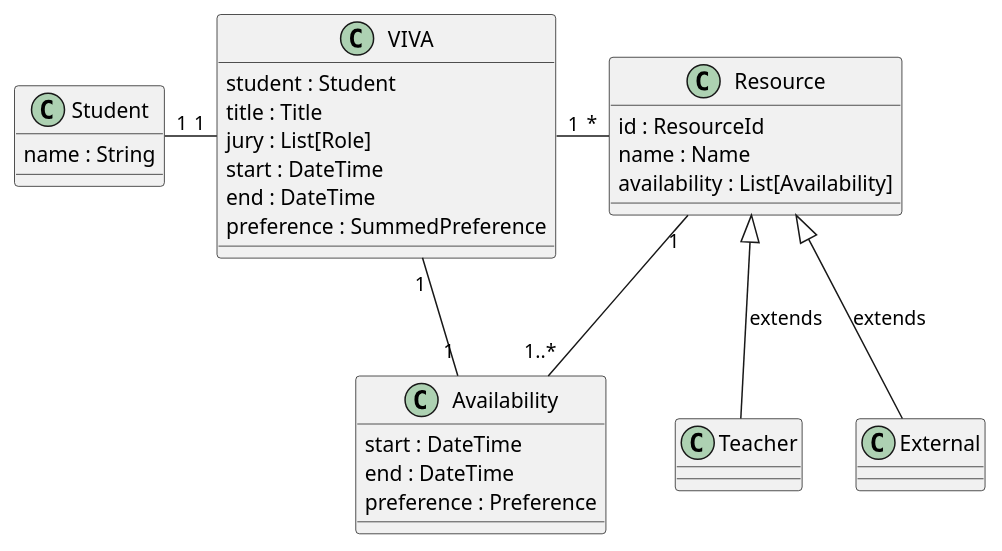
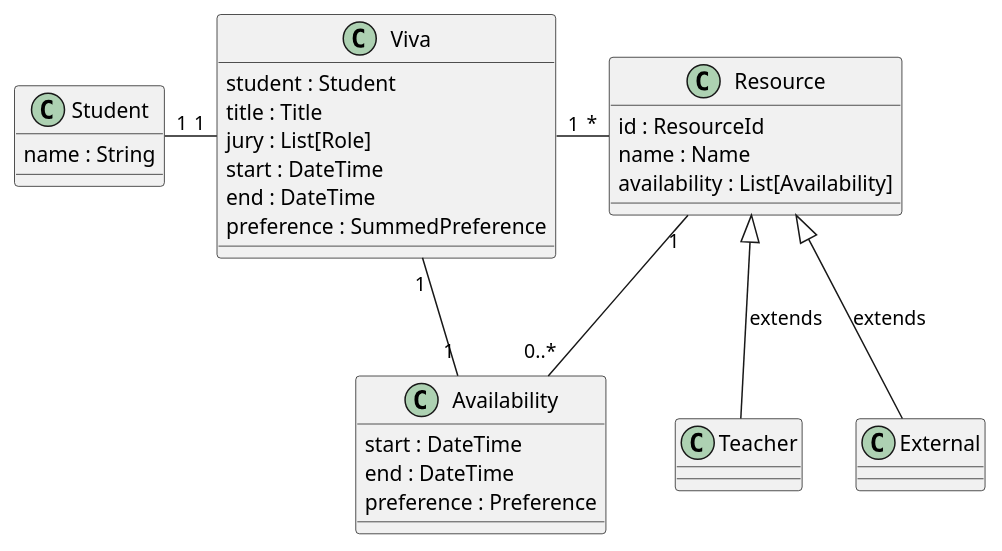
Before and after one commit to vitorpereiraa/meeting-scheduler: the diagram in diagrams/DomainModel.puml, drawn with PlantUML.

Commit message:
Updates do Domain Model

```diff
--- a/diagrams/DomainModel.puml
+++ b/diagrams/DomainModel.puml
@@ -1,32 +1,32 @@
 @startuml
 Class Resource
 Class Availability
-Class VIVA
+Class Viva
 Class Student
 Class Teacher
 Class External
 
 Resource : id : ResourceId
 Resource : name : Name
 Resource : availability : List[Availability]
 
 Availability : start : DateTime
 Availability : end : DateTime
 Availability : preference : Preference
 
-VIVA : student : Student
-VIVA : title : Title
-VIVA : jury : List[Role]
-VIVA : start : DateTime
-VIVA : end : DateTime
-VIVA : preference : SummedPreference
+Viva : student : Student
+Viva : title : Title
+Viva : jury : List[Role]
+Viva : start : DateTime
+Viva : end : DateTime
+Viva : preference : SummedPreference
 
 Student : name : String
 
 Resource <|-- Teacher : extends
 Resource <|-- External : extends
-VIVA "1" - "*" Resource
-VIVA "1" - "1" Availability
-Resource "1" -- "1..*" Availability
-Student "1" - "1" VIVA
+Viva "1" - "*" Resource
+Viva "1" - "1" Availability
+Resource "1" -- "0..*" Availability
+Student "1" - "1" Viva
 @enduml
```
